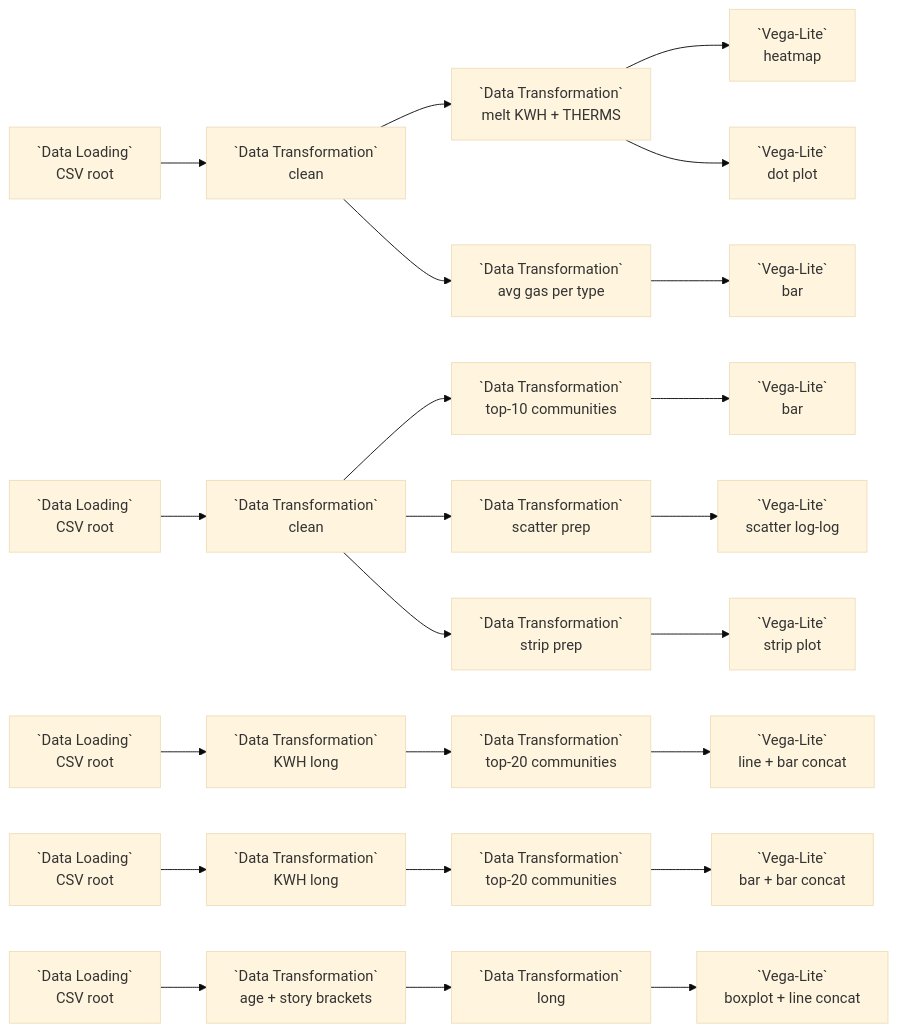
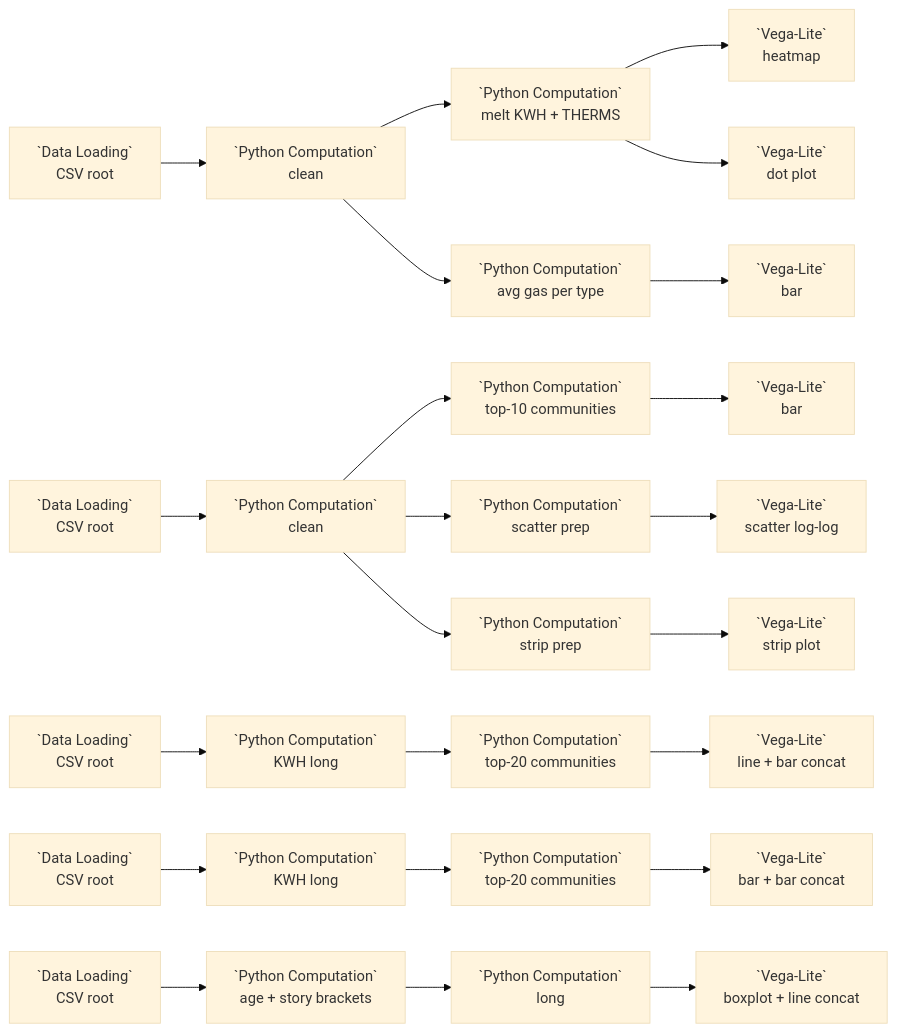
The diagram in docs/examples/05-vega-lite-multi-view-drilldown.md (urban-toolkit/curio), drawn with Mermaid (base theme) before and after one commit. The commit also changed other lines of this file and 51 other files, not shown here.

Commit message:
Shipped dataflows and their fixtures use Python Computation

````diff
--- a/docs/examples/05-vega-lite-multi-view-drilldown.md
+++ b/docs/examples/05-vega-lite-multi-view-drilldown.md
@@ -9,17 +9,17 @@
 ```mermaid
 flowchart LR
-  L1[`Data Loading`<br/>CSV root] --> C1[`Data Transformation`<br/>clean]
-  C1 --> M1[`Data Transformation`<br/>melt KWH + THERMS] --> H1[`Vega-Lite`<br/>heatmap]
+  L1[`Data Loading`<br/>CSV root] --> C1[`Python Computation`<br/>clean]
+  C1 --> M1[`Python Computation`<br/>melt KWH + THERMS] --> H1[`Vega-Lite`<br/>heatmap]
   M1 --> H2[`Vega-Lite`<br/>dot plot]
-  C1 --> G1[`Data Transformation`<br/>avg gas per type] --> H3[`Vega-Lite`<br/>bar]
+  C1 --> G1[`Python Computation`<br/>avg gas per type] --> H3[`Vega-Lite`<br/>bar]
 
-  L2[`Data Loading`<br/>CSV root] --> C2[`Data Transformation`<br/>clean] --> T2a[`Data Transformation`<br/>top-10 communities] --> V2a[`Vega-Lite`<br/>bar]
-  C2 --> T2b[`Data Transformation`<br/>scatter prep] --> V2b[`Vega-Lite`<br/>scatter log-log]
-  C2 --> T2c[`Data Transformation`<br/>strip prep] --> V2c[`Vega-Lite`<br/>strip plot]
+  L2[`Data Loading`<br/>CSV root] --> C2[`Python Computation`<br/>clean] --> T2a[`Python Computation`<br/>top-10 communities] --> V2a[`Vega-Lite`<br/>bar]
+  C2 --> T2b[`Python Computation`<br/>scatter prep] --> V2b[`Vega-Lite`<br/>scatter log-log]
+  C2 --> T2c[`Python Computation`<br/>strip prep] --> V2c[`Vega-Lite`<br/>strip plot]
 
-  L3[`Data Loading`<br/>CSV root] --> C3[`Data Transformation`<br/>KWH long] --> T3[`Data Transformation`<br/>top-20 communities] --> V3[`Vega-Lite`<br/>line + bar concat]
+  L3[`Data Loading`<br/>CSV root] --> C3[`Python Computation`<br/>KWH long] --> T3[`Python Computation`<br/>top-20 communities] --> V3[`Vega-Lite`<br/>line + bar concat]
 
-  L4[`Data Loading`<br/>CSV root] --> C4[`Data Transformation`<br/>KWH long] --> T4[`Data Transformation`<br/>top-20 communities] --> V4[`Vega-Lite`<br/>bar + bar concat]
+  L4[`Data Loading`<br/>CSV root] --> C4[`Python Computation`<br/>KWH long] --> T4[`Python Computation`<br/>top-20 communities] --> V4[`Vega-Lite`<br/>bar + bar concat]
 
-  L5[`Data Loading`<br/>CSV root] --> C5[`Data Transformation`<br/>age + story brackets] --> M5[`Data Transformation`<br/>long] --> V5[`Vega-Lite`<br/>boxplot + line concat]
+  L5[`Data Loading`<br/>CSV root] --> C5[`Python Computation`<br/>age + story brackets] --> M5[`Python Computation`<br/>long] --> V5[`Vega-Lite`<br/>boxplot + line concat]
 ```
````
